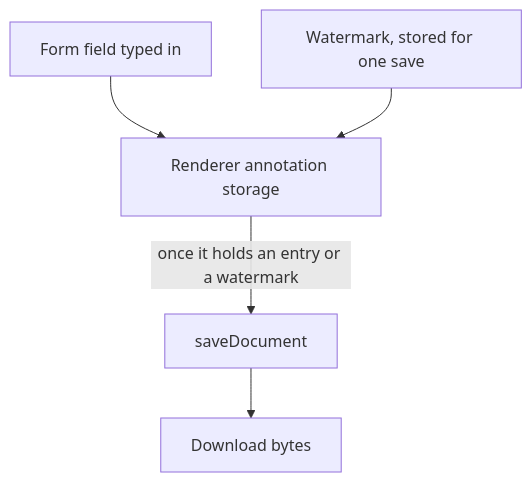
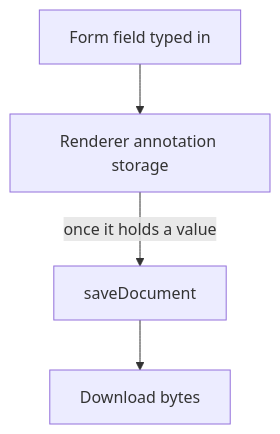
Before and after one commit to Esposter/Esposter: the diagram in openspec/specs/vue-pdfjs-headless/annotations/design.md, drawn with Mermaid. The commit also changed other lines of this file and 11 other files, not shown here.

````diff
--- a/openspec/specs/vue-pdfjs-headless/annotations/design.md
+++ b/openspec/specs/vue-pdfjs-headless/annotations/design.md
@@ -10,7 +9,6 @@
 ```mermaid
 flowchart TD
   typed["Form field typed in"] --> storage["Renderer annotation storage"]
-  watermark["Watermark, stored for one save"] --> storage
-  storage -->|"once it holds an entry or a watermark"| save["saveDocument"]
+  storage -->|"once it holds a value"| save["saveDocument"]
   save --> bytes["Download bytes"]
 ```
````
